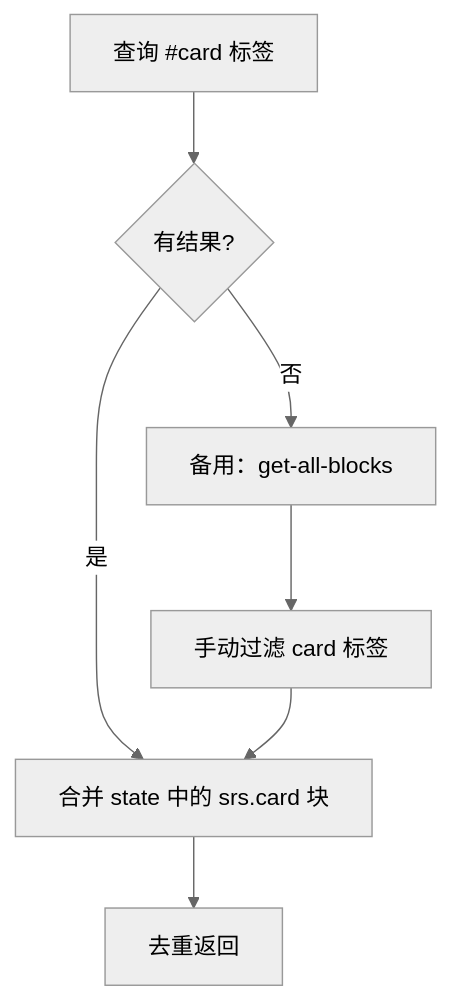
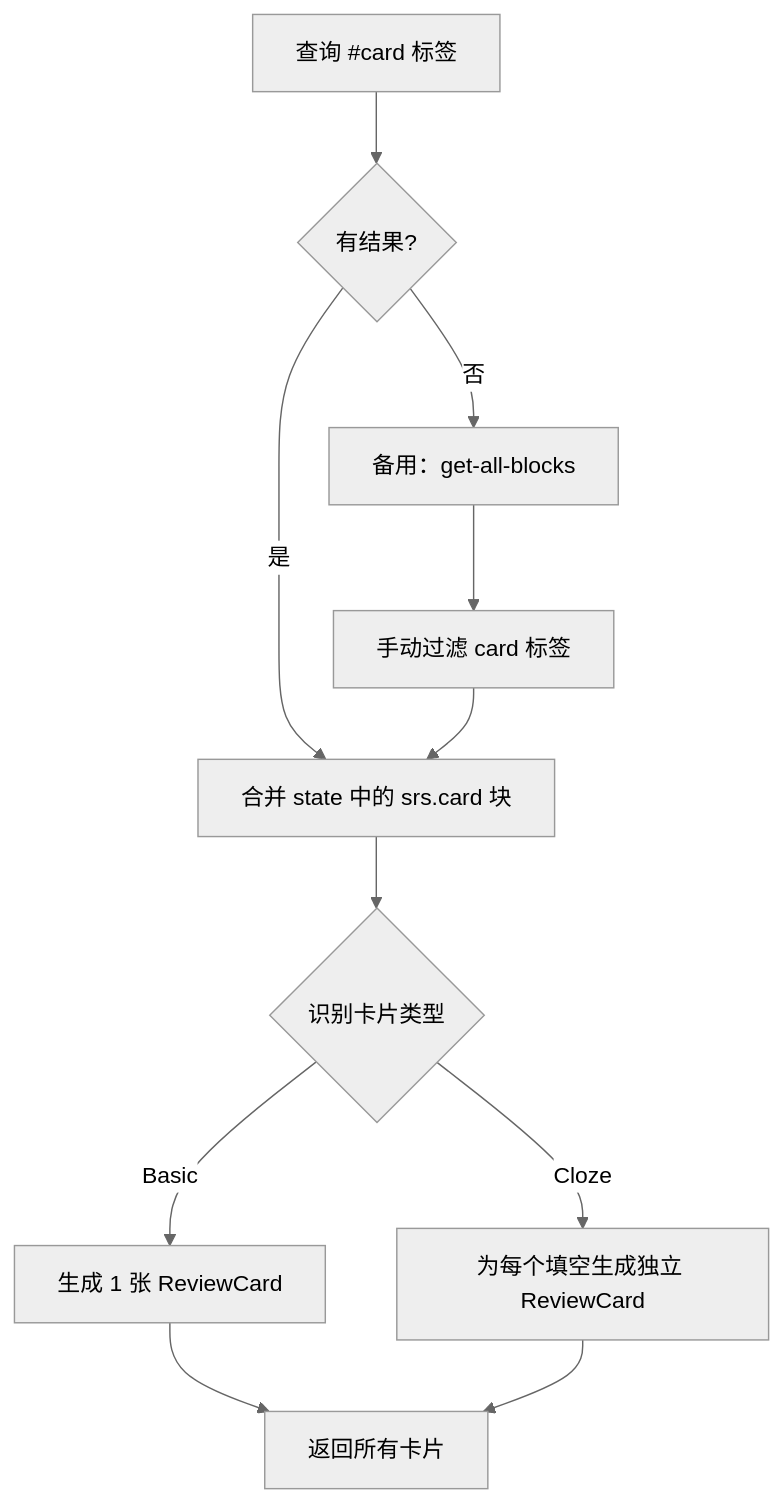
Before and after one commit to SaXz2/orca-srs-plugin: the first of 2 diagrams in 模块文档/SRS_工具函数模块.md, drawn with Mermaid (neutral theme). The commit also changed other lines of this file and 3 other files, not shown here.

````diff
--- a/模块文档/SRS_工具函数模块.md
+++ b/模块文档/SRS_工具函数模块.md
@@ -68,9 +68,13 @@
 ```mermaid
 flowchart TD
     A[查询 #card 标签] --> B{有结果?}
     B -->|是| C[合并 state 中的 srs.card 块]
     B -->|否| D[备用：get-all-blocks]
     D --> E[手动过滤 card 标签]
     E --> C
-    C --> F[去重返回]
+    C --> F{识别卡片类型}
+    F -->|Basic| G[生成 1 张 ReviewCard]
+    F -->|Cloze| H[为每个填空生成独立 ReviewCard]
+    G --> I[返回所有卡片]
+    H --> I
 ```
````
